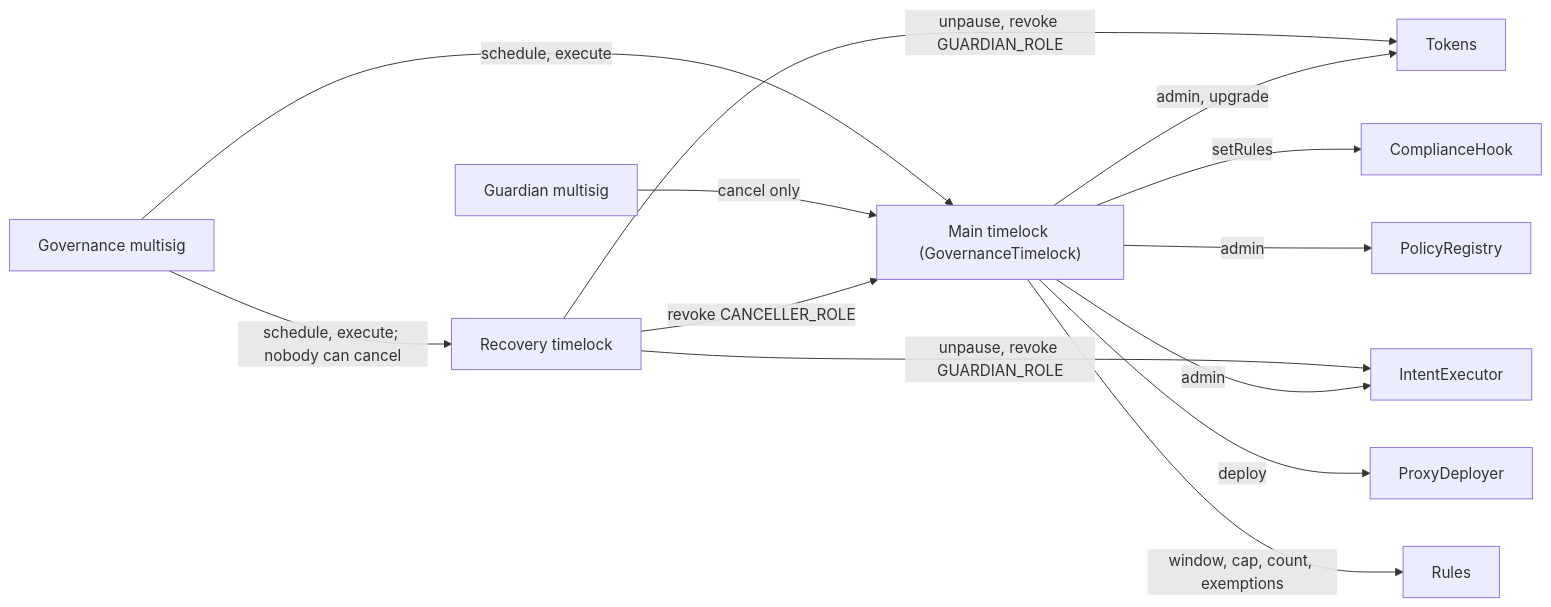
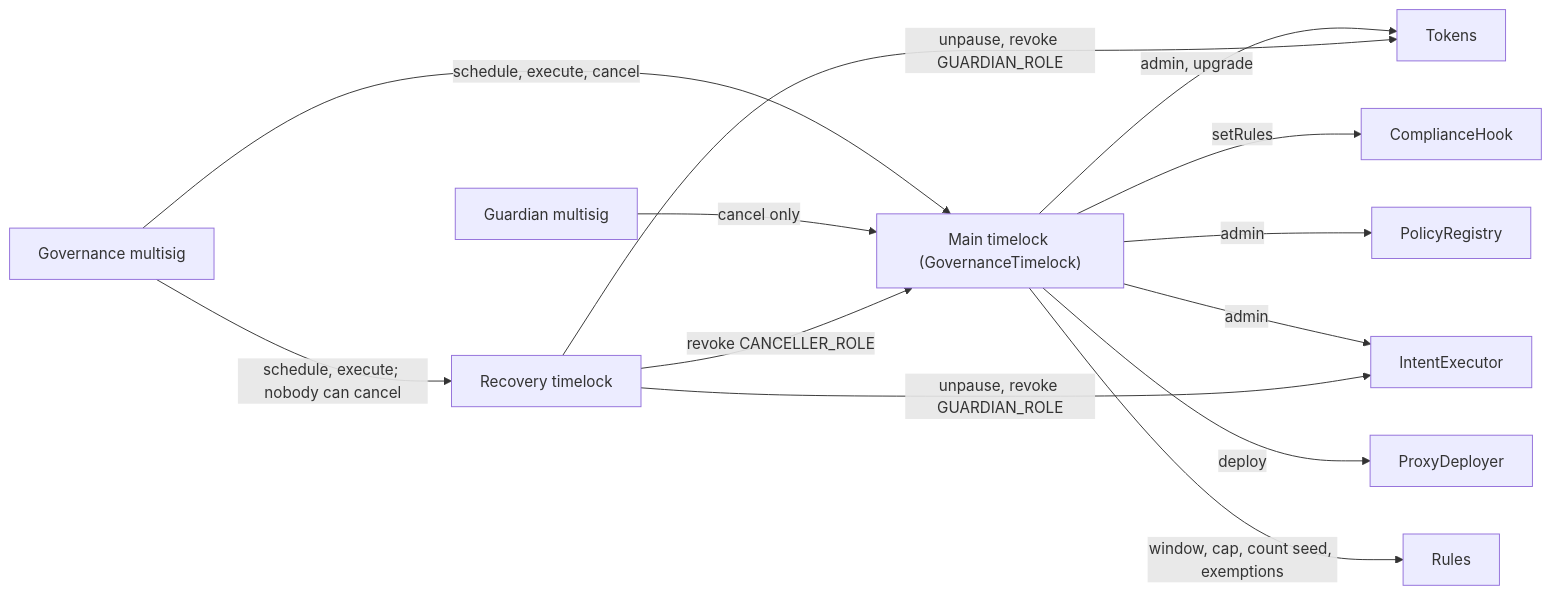
The first of 2 diagrams in docs/roles.md (fepvenancio/rwa-token), drawn with Mermaid before and after one commit. The commit also changed other lines of this file and 7 other files, not shown here.

````diff
--- a/docs/roles.md
+++ b/docs/roles.md
@@ -46,15 +56,15 @@
 ```mermaid
 flowchart LR
-  Gov["Governance multisig"] -->|"schedule, execute"| TL["Main timelock (GovernanceTimelock)"]
+  Gov["Governance multisig"] -->|"schedule, execute, cancel"| TL["Main timelock (GovernanceTimelock)"]
   Guard["Guardian multisig"] -->|"cancel only"| TL
-  Gov -->|"schedule, execute; nobody can cancel"| RT["Recovery timelock"]
-  RT -->|"unpause, revoke GUARDIAN_ROLE"| Tokens
-  RT -->|"unpause, revoke GUARDIAN_ROLE"| Exec
-  RT -->|"revoke CANCELLER_ROLE"| TL
   TL -->|"admin, upgrade"| Tokens["Tokens"]
   TL -->|"setRules"| Hook["ComplianceHook"]
   TL -->|"admin"| Reg["PolicyRegistry"]
   TL -->|"admin"| Exec["IntentExecutor"]
   TL -->|"deploy"| PD["ProxyDeployer"]
-  TL -->|"window, cap, count, exemptions"| Rules["Rules"]
+  TL -->|"window, cap, count seed, exemptions"| Rules["Rules"]
+  Gov -->|"schedule, execute; nobody can cancel"| RTL["Recovery timelock"]
+  RTL -->|"unpause, revoke GUARDIAN_ROLE"| Tokens
+  RTL -->|"unpause, revoke GUARDIAN_ROLE"| Exec
+  RTL -->|"revoke CANCELLER_ROLE"| TL
 ```
````
